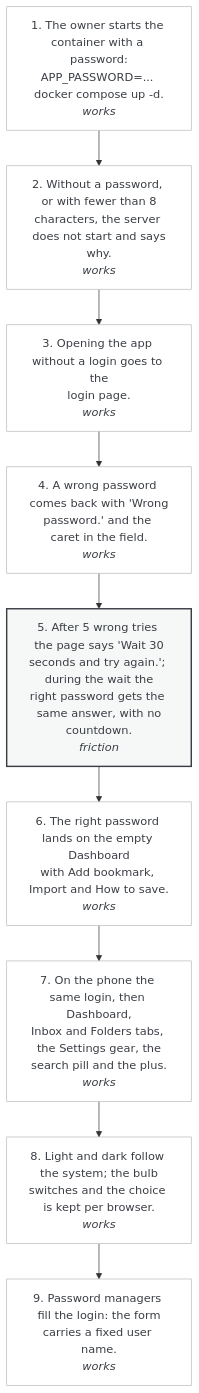
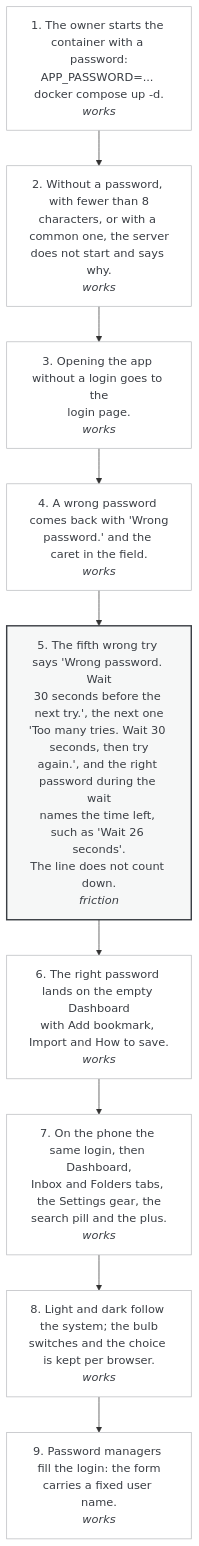
Before and after one commit to pinned-cc/pinned: the diagram in design/wireframes/flows/01-first-start-and-login.mmd, drawn with Mermaid. The commit also changed 24 other files, not shown here.

Commit message:
Wireframes: the flows describe 0.1.12, step texts and verdicts from the flow test of 04.11 and the 0.1.12 build; the lock note, What's new, the extension's http warning and the phone head when the server is down drawn as they are; build.py no longer rewrites the record of 31.10

```diff
--- a/design/wireframes/flows/01-first-start-and-login.mmd
+++ b/design/wireframes/flows/01-first-start-and-login.mmd
@@ -1,21 +1,21 @@
 flowchart TD
   classDef works fill:#ffffff,stroke:#b8babe,color:#3a3e44;
   classDef friction fill:#f6f7f7,stroke:#3a3e44,stroke-width:2px,color:#3a3e44;
   classDef broken fill:#ffffff,stroke:#c4362b,stroke-width:2px,color:#c4362b;
   S1["1. The owner starts the container with a password:<br/>APP_PASSWORD=... docker compose up -d.<br/><i>works</i>"]:::works
-  S2["2. Without a password, or with fewer than 8<br/>characters, the server does not start and says<br/>why.<br/><i>works</i>"]:::works
+  S2["2. Without a password, with fewer than 8<br/>characters, or with a common one, the server<br/>does not start and says why.<br/><i>works</i>"]:::works
   S3["3. Opening the app without a login goes to the<br/>login page.<br/><i>works</i>"]:::works
   S4["4. A wrong password comes back with 'Wrong<br/>password.' and the caret in the field.<br/><i>works</i>"]:::works
-  S5["5. After 5 wrong tries the page says 'Wait 30<br/>seconds and try again.'; during the wait the<br/>right password gets the same answer, with no<br/>countdown.<br/><i>friction</i>"]:::friction
+  S5["5. The fifth wrong try says 'Wrong password. Wait<br/>30 seconds before the next try.', the next one<br/>'Too many tries. Wait 30 seconds, then try<br/>again.', and the right password during the wait<br/>names the time left, such as 'Wait 26 seconds'.<br/>The line does not count down.<br/><i>friction</i>"]:::friction
   S6["6. The right password lands on the empty Dashboard<br/>with Add bookmark, Import and How to save.<br/><i>works</i>"]:::works
   S7["7. On the phone the same login, then Dashboard,<br/>Inbox and Folders tabs, the Settings gear, the<br/>search pill and the plus.<br/><i>works</i>"]:::works
   S8["8. Light and dark follow the system; the bulb<br/>switches and the choice is kept per browser.<br/><i>works</i>"]:::works
   S9["9. Password managers fill the login: the form<br/>carries a fixed user name.<br/><i>works</i>"]:::works
   S1 --> S2
   S2 --> S3
   S3 --> S4
   S4 --> S5
   S5 --> S6
   S6 --> S7
   S7 --> S8
   S8 --> S9
```
